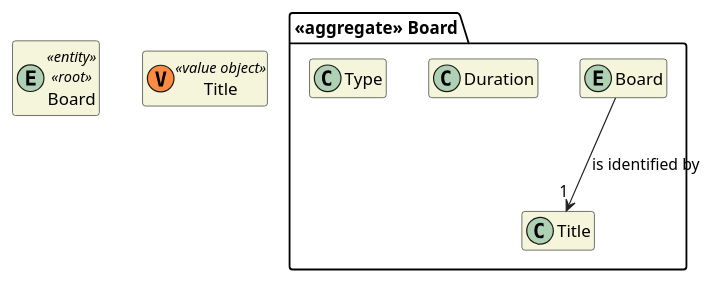
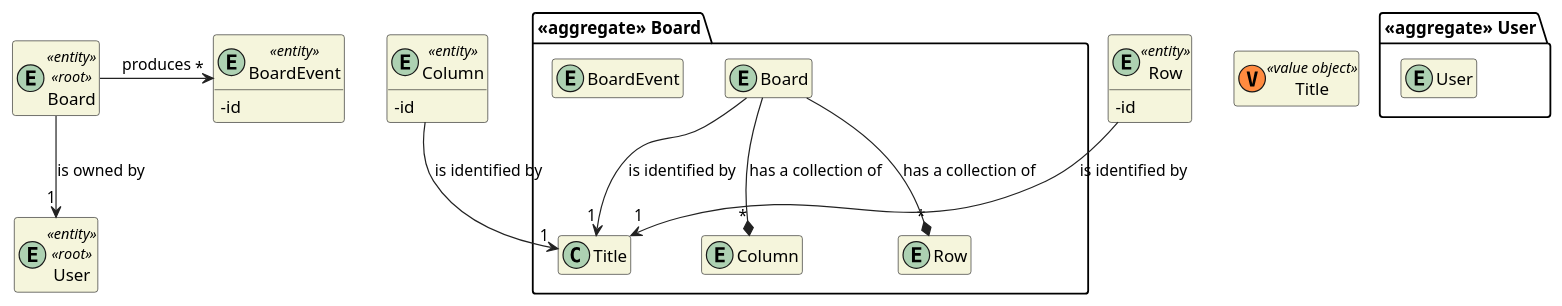
The diagram in docs/DM/DM_Board.puml (miseEnPlace-dev/lapr4), drawn with PlantUML before and after one commit.

Commit message:
docs(DM): added other entities to board DM

```diff
--- a/docs/DM/DM_Board.puml
+++ b/docs/DM/DM_Board.puml
@@ -1,25 +1,54 @@
 @startuml DM-COURSE
 'https://plantuml.com/class-diagram
 
 skinparam classAttributeIconSize 0
 hide empty attributes
 hide empty methods
 skinparam classBackgroundColor beige
 skinparam ArrowColor #222222
 
 package "<<aggregate>> Board" {
     entity Board
 
     class Title
-    class Duration
-    class Type
+    entity Column
+    entity Row
+    entity BoardEvent
+}
+
+package "<<aggregate>> User" {
+    entity User
+}
+
+entity User <<entity>> <<root>> {
 }
 
 Board --> "1" Title : is identified by
+Board --* "*" Column : has a collection of
+Board --* "*" Row : has a collection of
 
 entity Board <<entity>> <<root>> {
 }
 
+entity Column <<entity>> {
+  - id
+}
+
+entity BoardEvent <<entity>> {
+  - id
+}
+
+Column --> "1" Title : is identified by
+
+entity Row <<entity>> {
+  - id
+}
+
+Row --> "1" Title : is identified by
+
 class Title <<(V,#FF8B40) value object>> {}
 
+Board -> "*" BoardEvent : produces
+Board --> "1" User : is owned by
+
 @enduml
```
